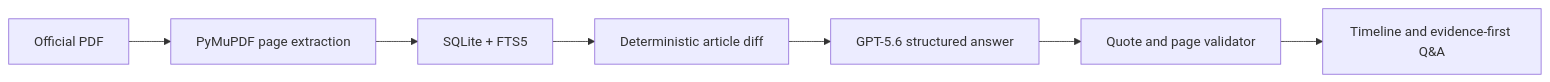
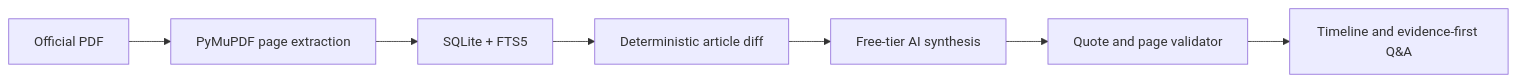
Before and after one commit to kierepka/SejmWatch: the diagram in README.md, drawn with Mermaid. The commit also changed other lines of this file and 8 other files, not shown here.

````diff
--- a/README.md
+++ b/README.md
@@ -46,9 +53,9 @@
 ```mermaid
 flowchart LR
   A[Official PDF] --> B[PyMuPDF page extraction]
   B --> C[SQLite + FTS5]
   C --> D[Deterministic article diff]
-  D --> E[GPT-5.6 structured answer]
+  D --> E[Free-tier AI synthesis]
   E --> F[Quote and page validator]
   F --> G[Timeline and evidence-first Q&A]
 ```
````
